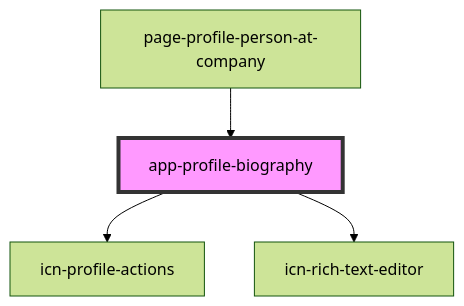
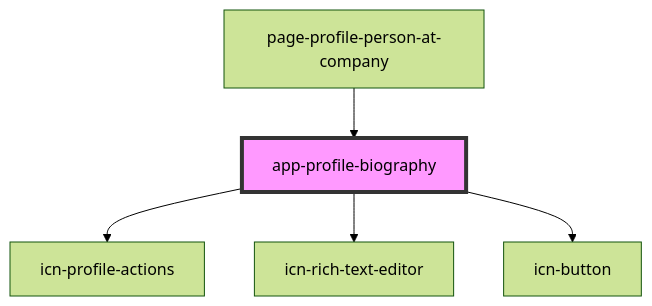
Before and after one commit to lokheed/IconEventNetwork.Web: the diagram in iconeventnetwork-web/src/components/app-profile-biography/readme.md, drawn with Mermaid (forest theme). The commit also changed other lines of this file and 61 other files, not shown here.

First line of the commit message:
Created icn-button component

````diff
--- a/iconeventnetwork-web/src/components/app-profile-biography/readme.md
+++ b/iconeventnetwork-web/src/components/app-profile-biography/readme.md
@@ -28,7 +29,8 @@
 ```mermaid
 graph TD;
   app-profile-biography --> icn-profile-actions
   app-profile-biography --> icn-rich-text-editor
+  app-profile-biography --> icn-button
   page-profile-person-at-company --> app-profile-biography
   style app-profile-biography fill:#f9f,stroke:#333,stroke-width:4px
 ```
````
